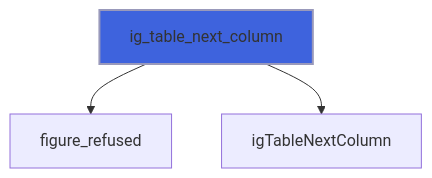
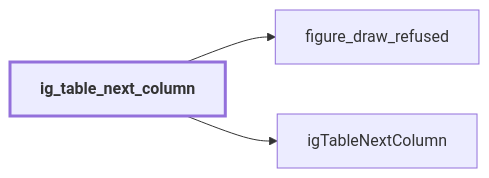
One commit to szaghi/figure changed diagram 15 of 40 in docs/api/src/lib/figure_group.md. Above: the diagram before and after it, drawn with Mermaid. The commit also changed other lines of this file and 54 other files, not shown here.

````diff
--- a/docs/api/src/lib/figure_group.md
+++ b/docs/api/src/lib/figure_group.md
@@ -350,6 +594,9 @@
 ```mermaid
-flowchart TD
-  ig_table_next_column["ig_table_next_column"] --> figure_refused["figure_refused"]
+flowchart LR
+  ig_table_next_column["ig_table_next_column"] --> figure_draw_refused["figure_draw_refused"]
   ig_table_next_column["ig_table_next_column"] --> igTableNextColumn["igTableNextColumn"]
-  style ig_table_next_column fill:#3e63dd,stroke:#99b,stroke-width:2px
+  classDef focus stroke-width:3px,font-weight:bold
+  class ig_table_next_column focus
+  click figure_draw_refused href "figure_base.html#figure-draw-refused" "figure_draw_refused"
+  click igTableNextColumn href "figure_cimgui.html#igtablenextcolumn" "igTableNextColumn"
 ```
````
